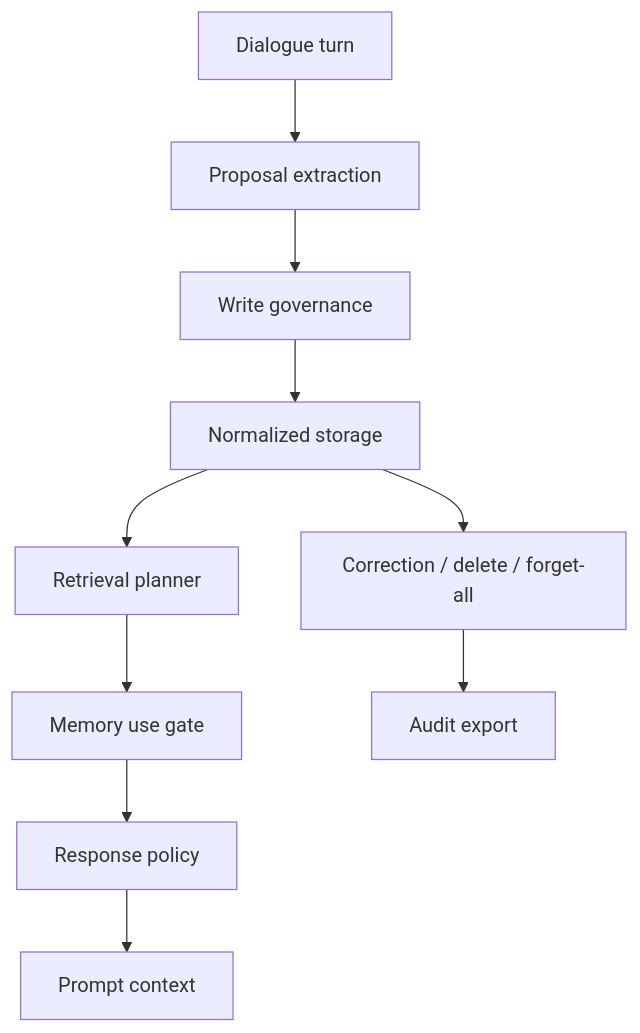
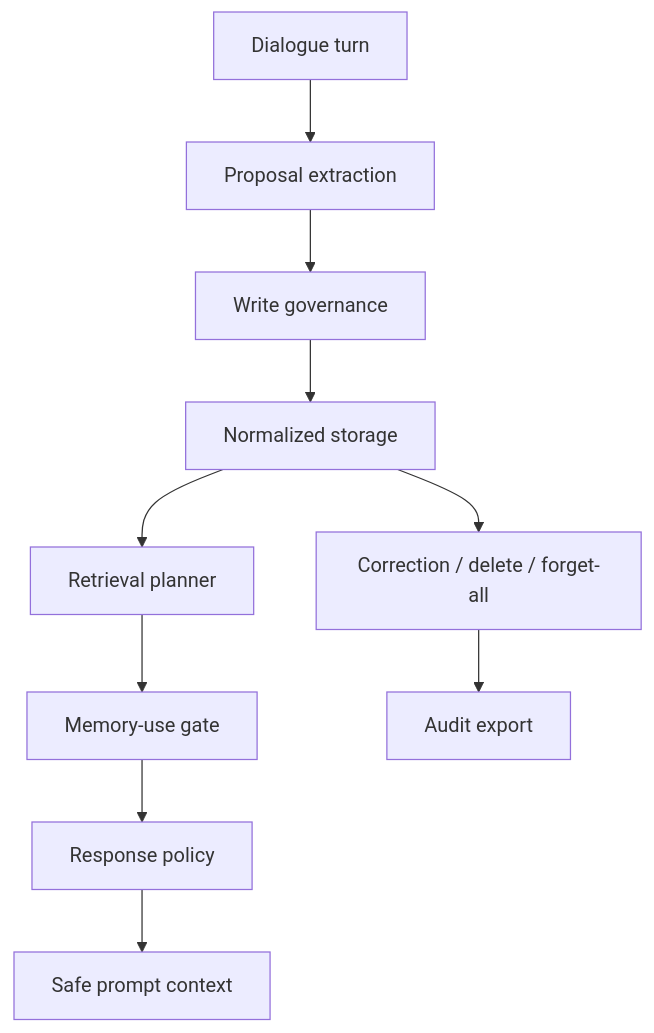
Before and after one commit to 2sao7sao/EvolveMemory: the diagram in README.md, drawn with Mermaid. The commit also changed other lines of this file and 8 other files, not shown here.

````diff
--- a/README.md
+++ b/README.md
@@ -156,12 +171,12 @@
 ```mermaid
 flowchart TD
   A["Dialogue turn"] --> B["Proposal extraction"]
   B --> C["Write governance"]
   C --> D["Normalized storage"]
   D --> E["Retrieval planner"]
-  E --> F["Memory use gate"]
+  E --> F["Memory-use gate"]
   F --> G["Response policy"]
-  G --> H["Prompt context"]
+  G --> H["Safe prompt context"]
   D --> I["Correction / delete / forget-all"]
   I --> J["Audit export"]
 ```
````
